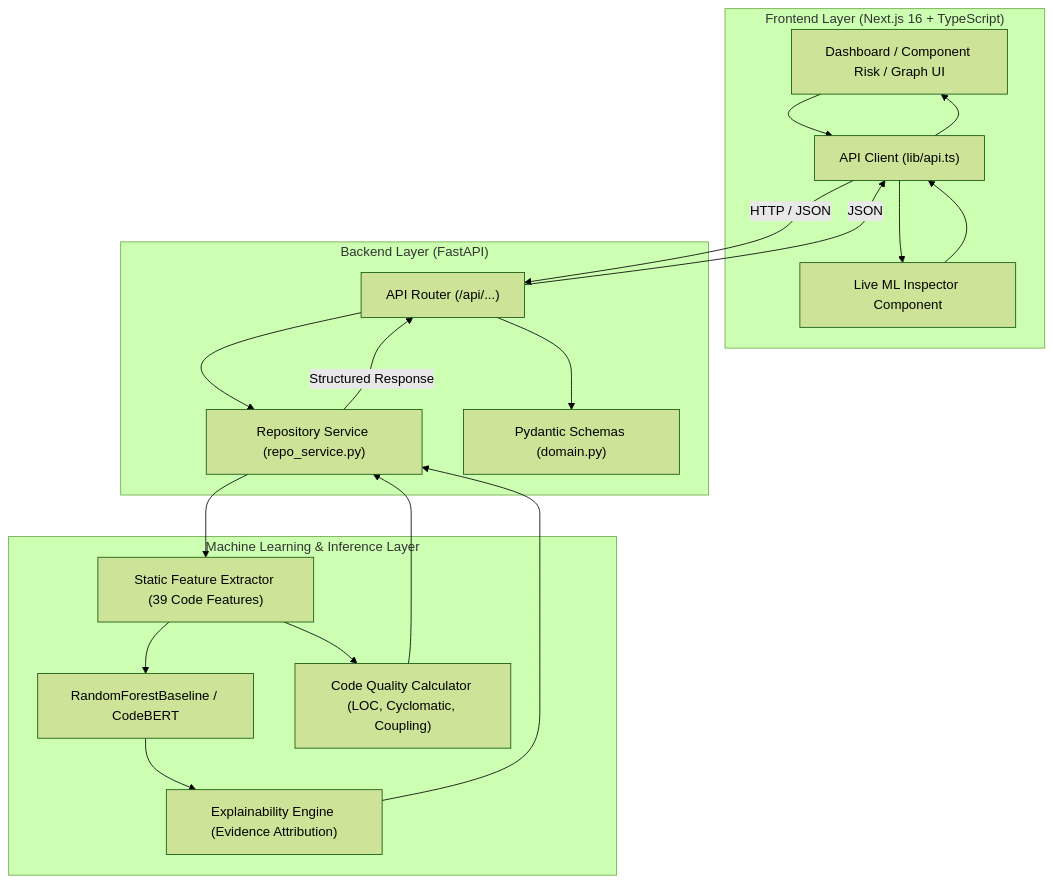
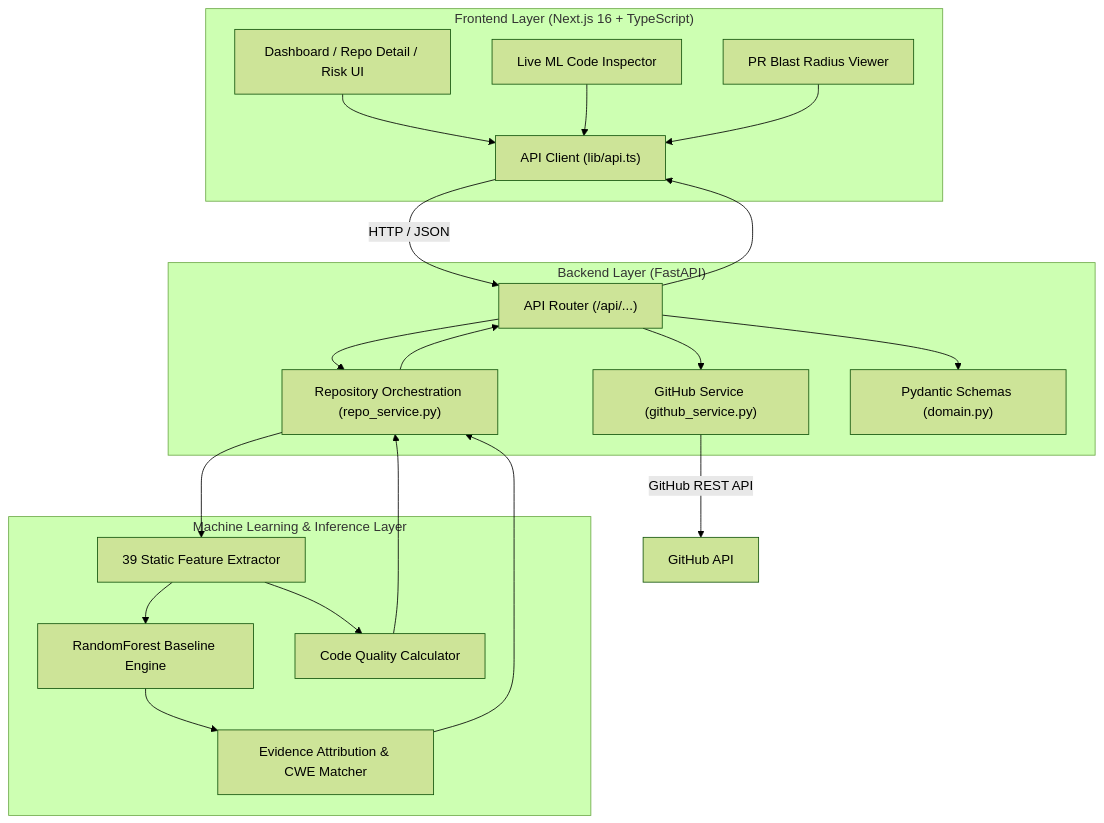
The diagram in README.md (kaigharat/SKYTrace), drawn with Mermaid (forest theme) before and after one commit. The commit also changed other lines of this file, not shown here.

Commit message:
docs: update README with rich presentation, features grid, architecture diagram, and quickstart guide

````diff
--- a/README.md
+++ b/README.md
@@ -17,37 +40,40 @@
 ```mermaid
 flowchart TD
     subgraph Frontend["Frontend Layer (Next.js 16 + TypeScript)"]
-        UI["Dashboard / Component Risk / Graph UI"]
-        Predictor["Live ML Inspector Component"]
+        UI["Dashboard / Repo Detail / Risk UI"]
+        Inspector["Live ML Code Inspector"]
+        PRPanel["PR Blast Radius Viewer"]
         ApiClient["API Client (lib/api.ts)"]
     end
 
     subgraph Backend["Backend Layer (FastAPI)"]
         Router["API Router (/api/...)"]
-        Service["Repository Service (repo_service.py)"]
+        GitHubService["GitHub Service (github_service.py)"]
+        RepoService["Repository Orchestration (repo_service.py)"]
         Schema["Pydantic Schemas (domain.py)"]
     end
 
     subgraph ML["Machine Learning & Inference Layer"]
-        Extractor["Static Feature Extractor (39 Code Features)"]
-        Model["RandomForestBaseline / CodeBERT"]
-        Explainer["Explainability Engine (Evidence Attribution)"]
-        Metrics["Code Quality Calculator (LOC, Cyclomatic, Coupling)"]
+        Extractor["39 Static Feature Extractor"]
+        Model["RandomForest Baseline Engine"]
+        Explainer["Evidence Attribution & CWE Matcher"]
+        Metrics["Code Quality Calculator"]
     end
 
     UI --> ApiClient
-    Predictor --> ApiClient
+    Inspector --> ApiClient
+    PRPanel --> ApiClient
     ApiClient -->|HTTP / JSON| Router
     Router --> Schema
-    Router --> Service
-    Service --> Extractor
+    Router --> GitHubService
+    Router --> RepoService
+    GitHubService -->|GitHub REST API| ExternalGitHub["GitHub API"]
+    RepoService --> Extractor
     Extractor --> Model
     Model --> Explainer
     Extractor --> Metrics
-    Explainer --> Service
-    Metrics --> Service
-    Service -->|Structured Response| Router
-    Router -->|JSON| ApiClient
-    ApiClient --> UI
-    ApiClient --> Predictor
+    Explainer --> RepoService
+    Metrics --> RepoService
+    RepoService --> Router
+    Router --> ApiClient
 ```
````
